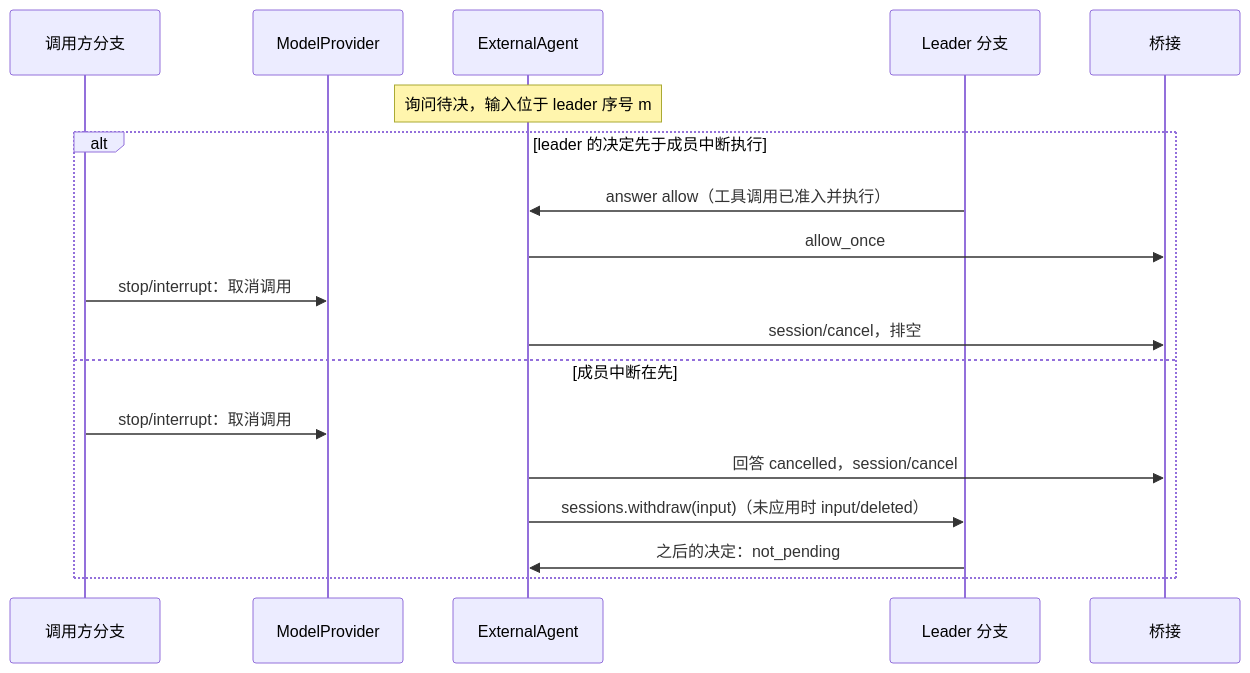
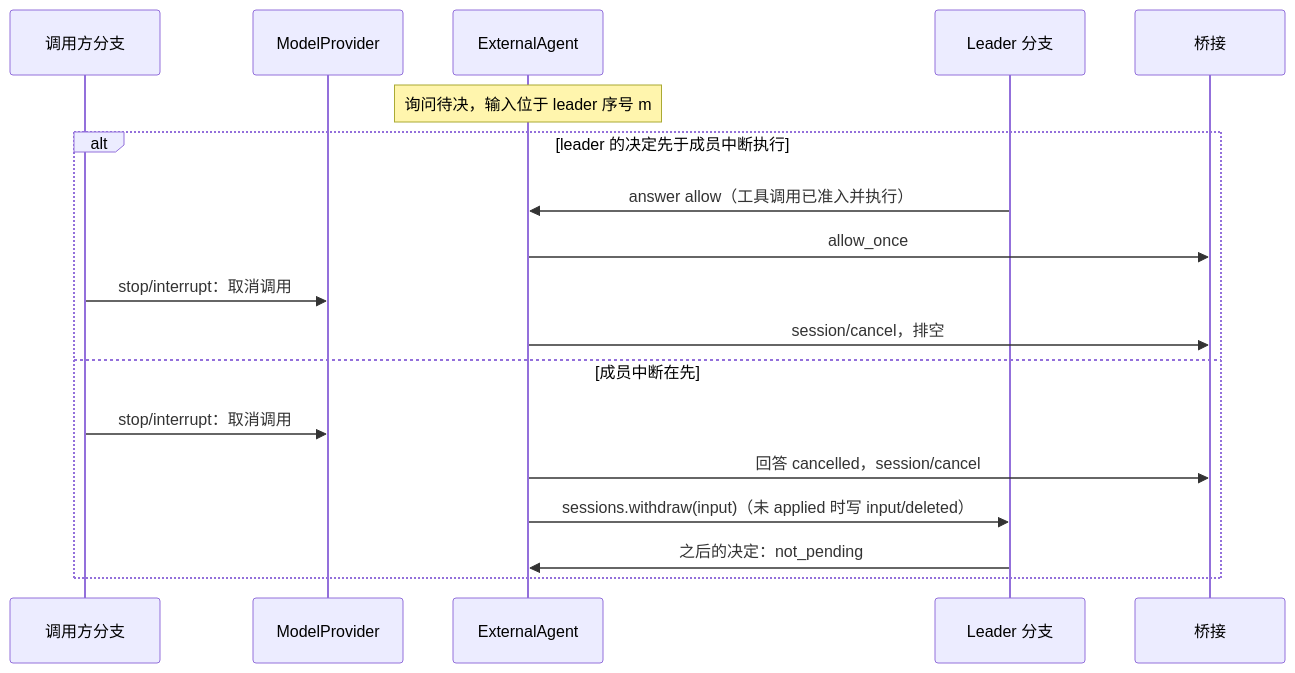
The fifth of 5 diagrams in docs/zh/design/plugins/ExternalAgent.md (CoutinhoTTS/dim-agent), drawn with Mermaid before and after one commit. The commit also changed other lines of this file and 7 other files, not shown here.

````diff
--- a/docs/zh/design/plugins/ExternalAgent.md
+++ b/docs/zh/design/plugins/ExternalAgent.md
@@ -259,20 +279,20 @@
 ```mermaid
 sequenceDiagram
   participant TL as 调用方分支
   participant MP as ModelProvider
   participant EA as ExternalAgent
   participant LB as Leader 分支
   participant BR as 桥接
   Note over EA: 询问待决，输入位于 leader 序号 m
   alt leader 的决定先于成员中断执行
     LB->>EA: answer allow（工具调用已准入并执行）
     EA->>BR: allow_once
     TL->>MP: stop/interrupt：取消调用
     EA->>BR: session/cancel，排空
   else 成员中断在先
     TL->>MP: stop/interrupt：取消调用
     EA->>BR: 回答 cancelled，session/cancel
-    EA->>LB: sessions.withdraw(input)（未应用时 input/deleted）
+    EA->>LB: sessions.withdraw(input)（未 applied 时写 input/deleted）
     LB->>EA: 之后的决定：not_pending
   end
 ```
````
